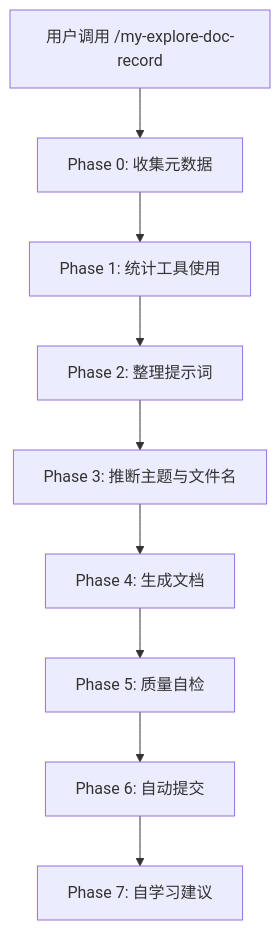
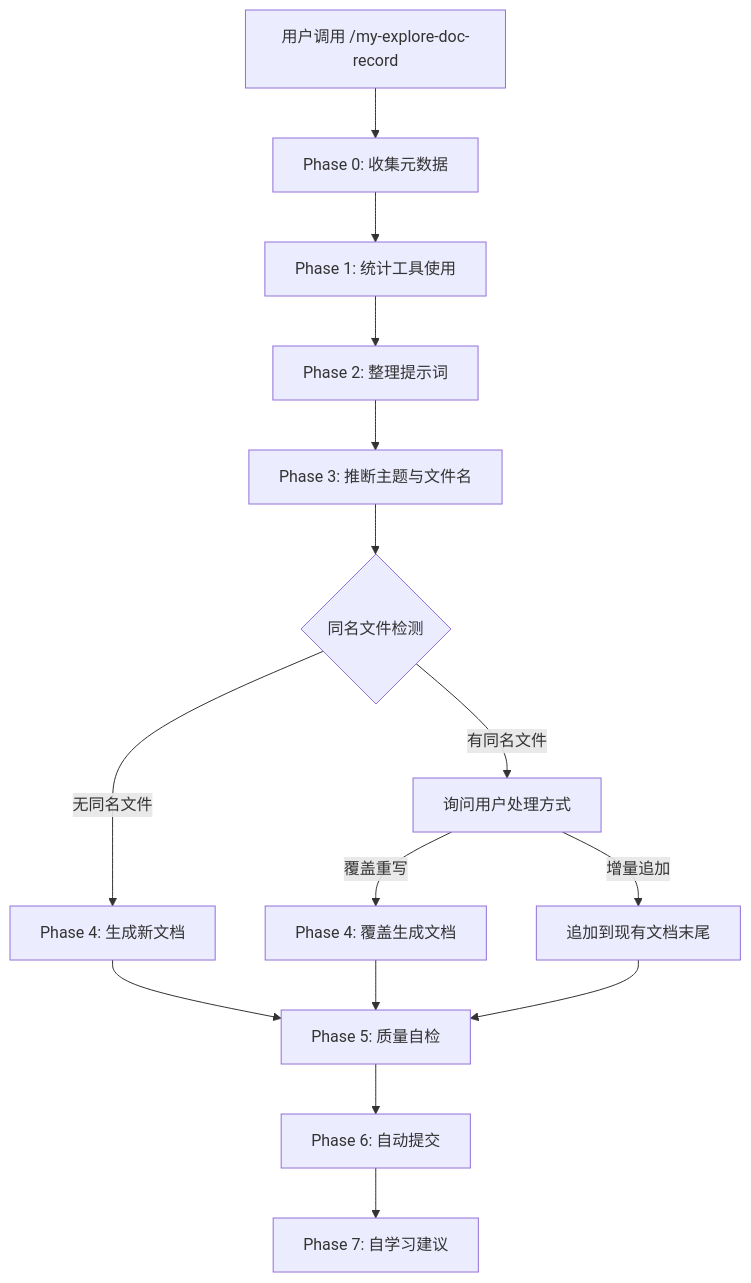
Before and after one commit to chujun/aiubuntu1-sh: the third of 7 diagrams in doc/ai-explore/2026-04-13-my-explore-doc-record技能优化实践探索之旅.md, drawn with Mermaid. The commit also changed other lines of this file, not shown here.

````diff
--- a/doc/ai-explore/2026-04-13-my-explore-doc-record技能优化实践探索之旅.md
+++ b/doc/ai-explore/2026-04-13-my-explore-doc-record技能优化实践探索之旅.md
@@ -165,11 +181,17 @@
 ```mermaid
 flowchart TD
     A["用户调用 /my-explore-doc-record"] --> B["Phase 0: 收集元数据"]
     B --> C["Phase 1: 统计工具使用"]
     C --> D["Phase 2: 整理提示词"]
     D --> E["Phase 3: 推断主题与文件名"]
-    E --> F["Phase 4: 生成文档"]
-    F --> G["Phase 5: 质量自检"]
-    G --> H["Phase 6: 自动提交"]
-    H --> I["Phase 7: 自学习建议"]
+    E --> F{"同名文件检测"}
+    F -->|"无同名文件"| G["Phase 4: 生成新文档"]
+    F -->|"有同名文件"| H["询问用户处理方式"]
+    H -->|"覆盖重写"| I["Phase 4: 覆盖生成文档"]
+    H -->|"增量追加"| J["追加到现有文档末尾"]
+    G --> K["Phase 5: 质量自检"]
+    I --> K
+    J --> K
+    K --> L["Phase 6: 自动提交"]
+    L --> M["Phase 7: 自学习建议"]
 ```
````
